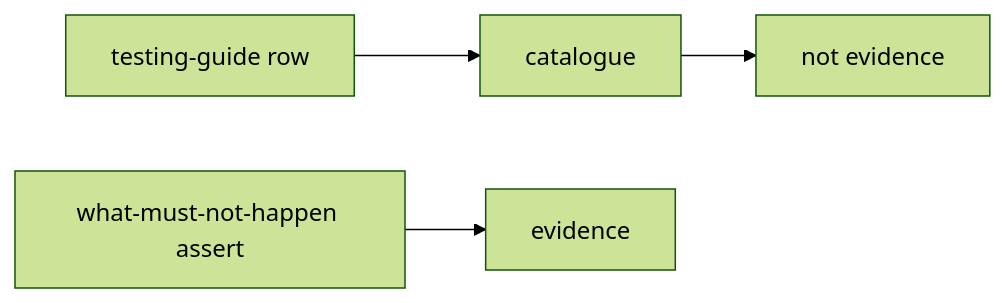
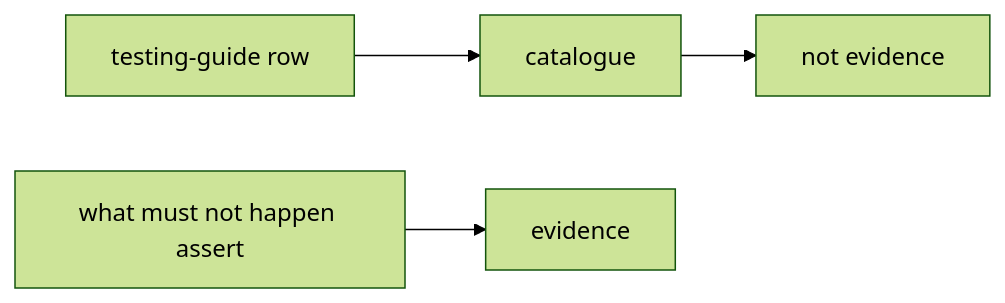
One commit to ishitvagoel/LearnSecurity changed the second of 2 diagrams in content/modules/9/9.3/lessons/02-model.md. Above: the diagram before and after it, drawn with Mermaid (forest theme). The commit also changed other lines of this file and 84 other files, not shown here.

````diff
--- a/content/modules/9/9.3/lessons/02-model.md
+++ b/content/modules/9/9.3/lessons/02-model.md
@@ -26,6 +26,6 @@
 ```mermaid
 flowchart LR
   Guide[testing-guide row] --> Inventory[catalogue]
-  Pytest[what-must-not-happen assert] --> Evidence[evidence]
+  Pytest[what must not happen assert] --> Evidence[evidence]
   Inventory --> NotE[not evidence]
 ```
````
